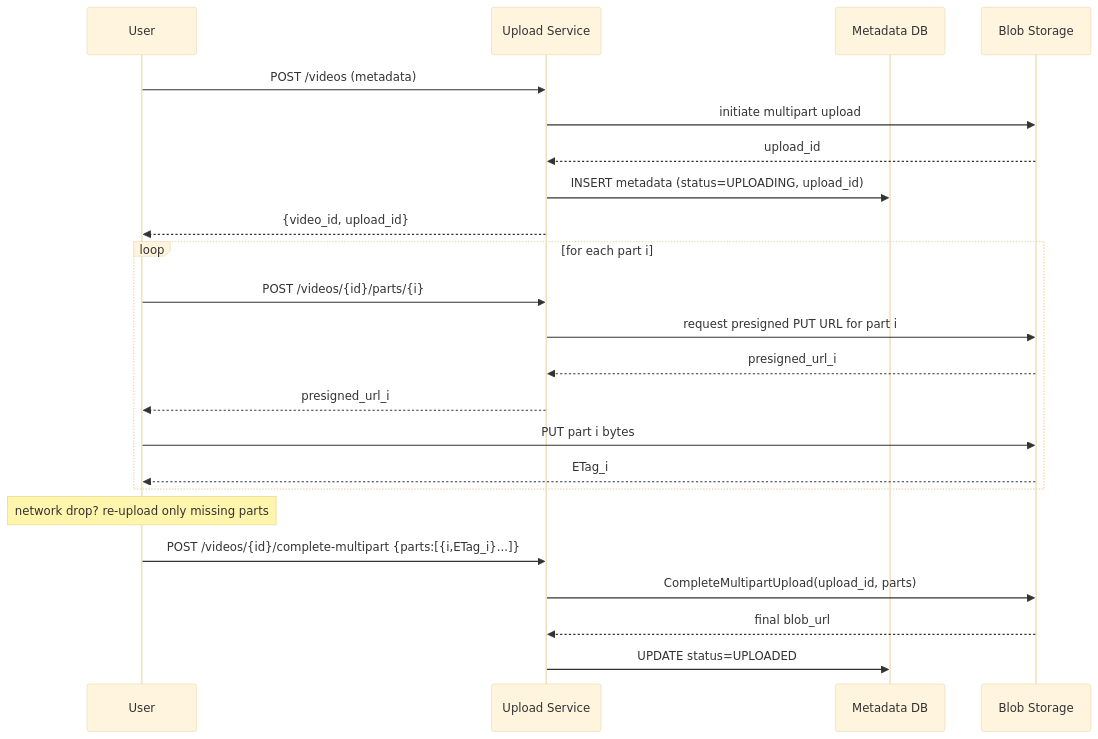
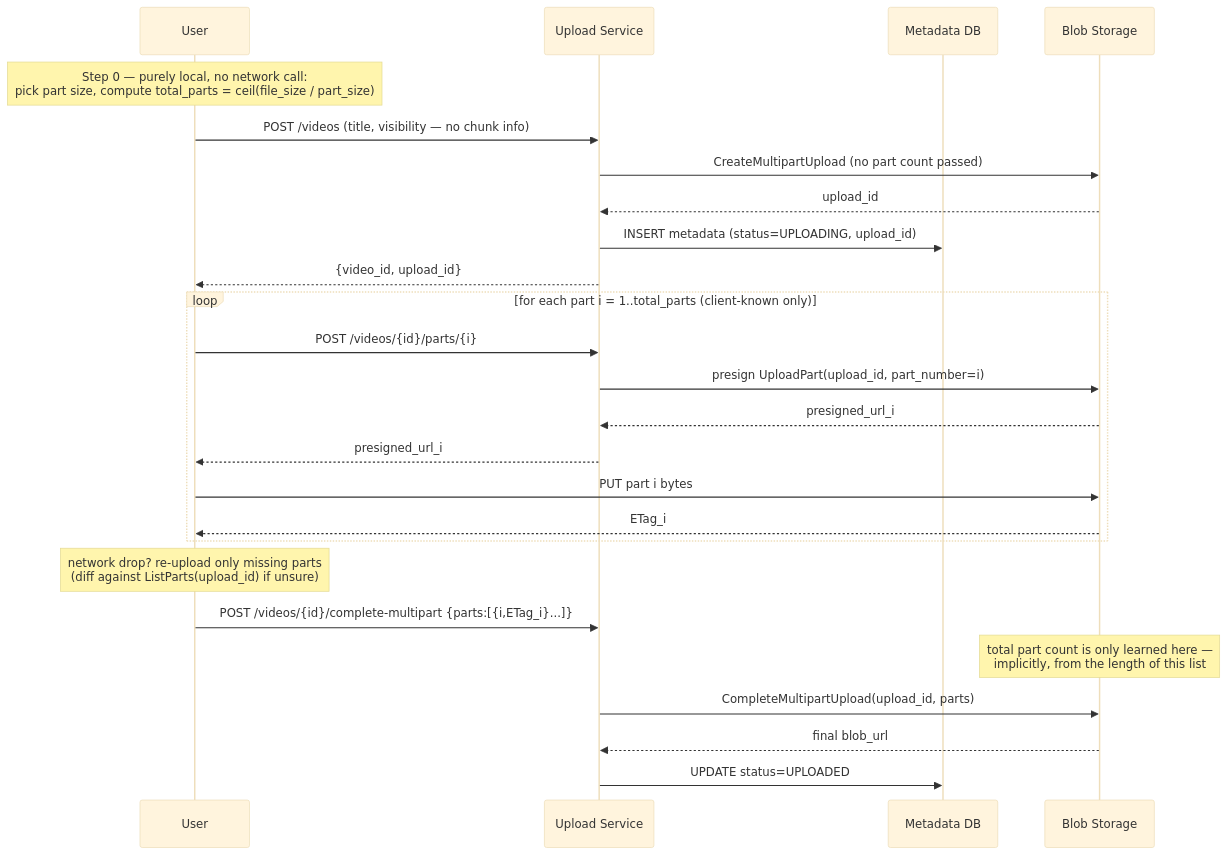
One commit to riyaz-pasha/Learnings changed the sixth of 20 diagrams in system-design/HLD/0-course/26-Design YouTube-FAANG-Guide-Interview-Version.md. Above: the diagram before and after it, drawn with Mermaid (base theme). The commit also changed other lines of this file and 1 other file, not shown here.

````diff
--- a/system-design/HLD/0-course/26-Design YouTube-FAANG-Guide-Interview-Version.md
+++ b/system-design/HLD/0-course/26-Design YouTube-FAANG-Guide-Interview-Version.md
@@ -265,29 +276,32 @@
 ```mermaid
 sequenceDiagram
     participant U as User
     participant UP as Upload Service
     participant DB as Metadata DB
     participant BS as Blob Storage
 
-    U->>UP: POST /videos (metadata)
-    UP->>BS: initiate multipart upload
+    Note over U: Step 0 — purely local, no network call:<br/>pick part size, compute total_parts = ceil(file_size / part_size)
+
+    U->>UP: POST /videos (title, visibility — no chunk info)
+    UP->>BS: CreateMultipartUpload (no part count passed)
     BS-->>UP: upload_id
     UP->>DB: INSERT metadata (status=UPLOADING, upload_id)
     UP-->>U: {video_id, upload_id}
 
-    loop for each part i
+    loop for each part i = 1..total_parts (client-known only)
         U->>UP: POST /videos/{id}/parts/{i}
-        UP->>BS: request presigned PUT URL for part i
+        UP->>BS: presign UploadPart(upload_id, part_number=i)
         BS-->>UP: presigned_url_i
         UP-->>U: presigned_url_i
         U->>BS: PUT part i bytes
         BS-->>U: ETag_i
     end
 
-    Note over U: network drop? re-upload only missing parts
+    Note over U: network drop? re-upload only missing parts<br/>(diff against ListParts(upload_id) if unsure)
 
     U->>UP: POST /videos/{id}/complete-multipart {parts:[{i,ETag_i}...]}
+    Note over BS: total part count is only learned here —<br/>implicitly, from the length of this list
     UP->>BS: CompleteMultipartUpload(upload_id, parts)
     BS-->>UP: final blob_url
     UP->>DB: UPDATE status=UPLOADED
 ```
````
